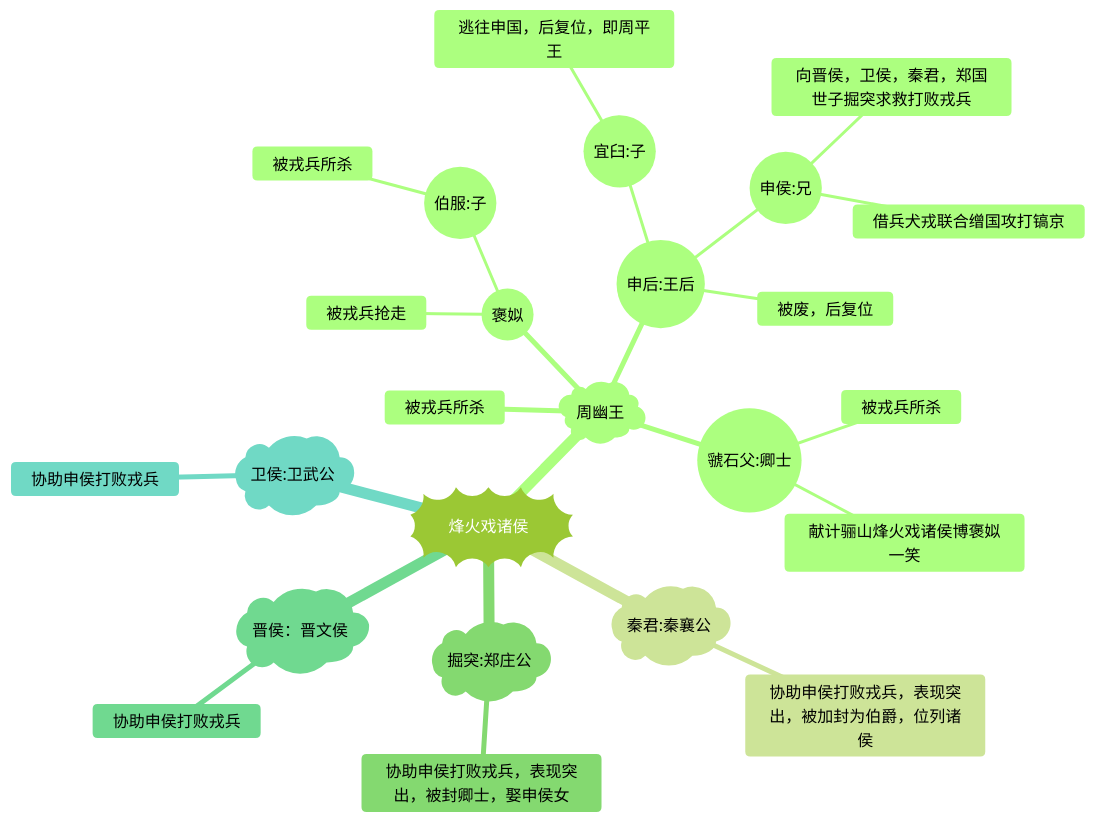
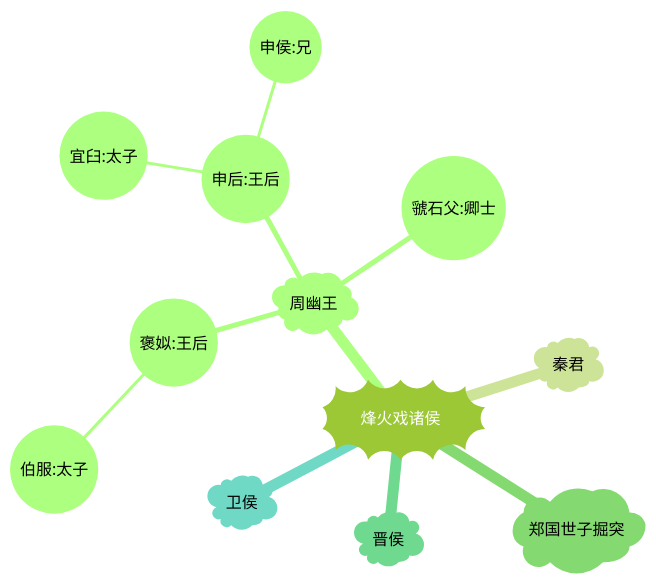
One commit to tsuyu2016/read changed the second of 3 diagrams in 透过地理看历史（春秋篇）01.md. Above: the diagram before and after it, drawn with Mermaid (forest theme). The commit also changed other lines of this file and 2 other files, not shown here.

````diff
--- a/透过地理看历史（春秋篇）01.md
+++ b/透过地理看历史（春秋篇）01.md
@@ -40,28 +47,15 @@
 ```mermaid
 mindmap
 root))烽火戏诸侯((
   )周幽王(
-    被戎兵所杀
-    ((褒姒))
-      被戎兵抢走
-      ((伯服:子))
-        被戎兵所杀
+    ((褒姒:王后))
+      ((伯服:太子))
     ((申后:王后))
-      被废，后复位
-      ((宜臼:子))
-        逃往申国，后复位，即周平王
+      ((宜臼:太子))
       ((申侯:兄))
-        借兵犬戎联合缯国攻打镐京
-        向晋侯，卫侯，秦君，郑国世子掘突求救打败戎兵
     ((虢石父:卿士))
-      献计骊山烽火戏诸侯博褒姒一笑
-      被戎兵所杀
-  )秦君:秦襄公(
-    协助申侯打败戎兵，表现突出，被加封为伯爵，位列诸侯
-  )掘突:郑庄公(
-    协助申侯打败戎兵，表现突出，被封卿士，娶申侯女
-  )晋侯：晋文侯(
-    协助申侯打败戎兵
-  )卫侯:卫武公(
-    协助申侯打败戎兵
+  )秦君(
+  )郑国世子掘突(
+  )晋侯(
+  )卫侯(
 ```
````
